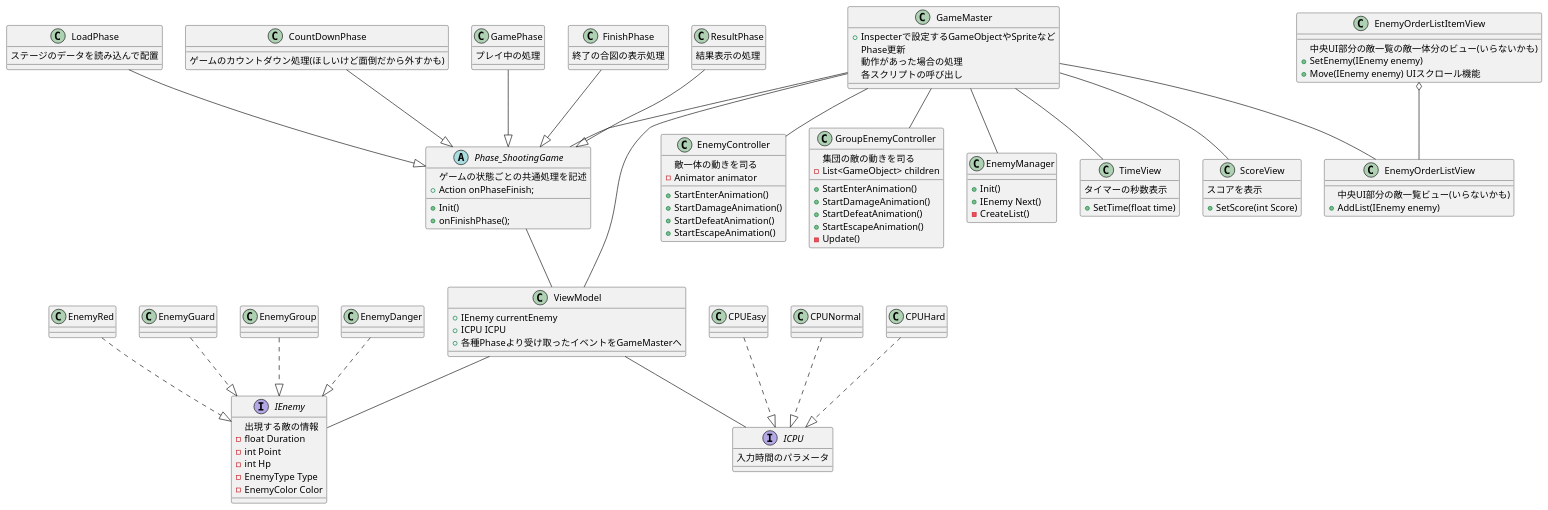
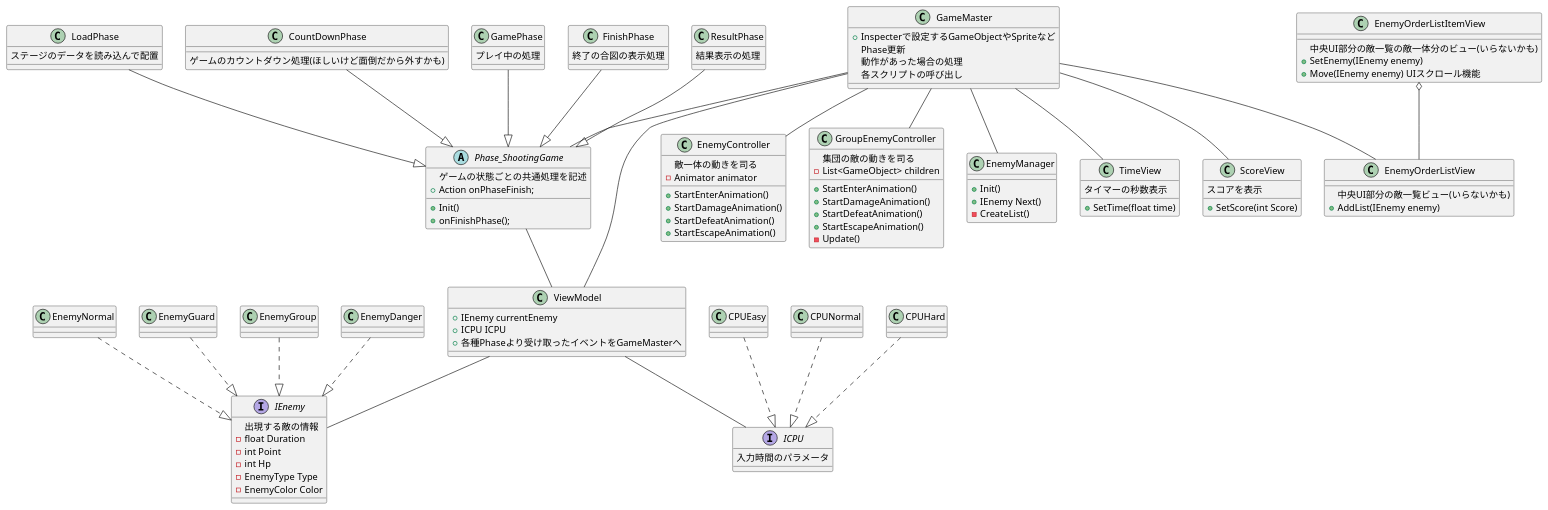
One commit to tanvk1ch1/AssetLoadSystem changed the diagram in UML/Class_Shooting.puml. Above: the diagram before and after it, drawn with PlantUML. The commit also changed 7 other files, not shown here.

```diff
--- a/UML/Class_Shooting.puml
+++ b/UML/Class_Shooting.puml
@@ -1,147 +1,147 @@
 @startuml
 class GameMaster
 {
     + Inspecterで設定するGameObjectやSpriteなど
     Phase更新
     動作があった場合の処理
     各スクリプトの呼び出し
 }
 
 abstract class Phase_ShootingGame
 {
     ゲームの状態ごとの共通処理を記述
     + Action onPhaseFinish;
     + Init()
     + onFinishPhase();
 }
 
 class ViewModel
 {
     + IEnemy currentEnemy
     + ICPU ICPU
     + 各種Phaseより受け取ったイベントをGameMasterへ
 }
 
 class EnemyController
 {
     敵一体の動きを司る
     - Animator animator
     + StartEnterAnimation()
     + StartDamageAnimation()
     + StartDefeatAnimation()
     + StartEscapeAnimation()
 }
 
 class GroupEnemyController
 {
     集団の敵の動きを司る
     - List<GameObject> children
     + StartEnterAnimation()
     + StartDamageAnimation()
     + StartDefeatAnimation()
     + StartEscapeAnimation()
     - Update()
 }
 
 class EnemyManager
 {
     + Init()
     + IEnemy Next()
     - CreateList()
 }
 
 interface IEnemy
 {
     出現する敵の情報
     - float Duration
     - int Point
     - int Hp
     - EnemyType Type
     - EnemyColor Color
 }
 
-class EnemyRed{}
+class EnemyNormal{}
 class EnemyGuard{}
 class EnemyGroup{}
 class EnemyDanger{}
-EnemyRed ..|> IEnemy
+EnemyNormal ..|> IEnemy
 EnemyGuard ..|> IEnemy
 EnemyGroup ..|> IEnemy
 EnemyDanger ..|> IEnemy
 
 class TimeView{
     タイマーの秒数表示
     + SetTime(float time)
 }
 
 class ScoreView
 {
     スコアを表示
     + SetScore(int Score)
 }
 
 class EnemyOrderListView
 {
     中央UI部分の敵一覧ビュー(いらないかも)
     + AddList(IEnemy enemy)
 }
 
 class EnemyOrderListItemView
 {
     中央UI部分の敵一覧の敵一体分のビュー(いらないかも)
     + SetEnemy(IEnemy enemy)
     + Move(IEnemy enemy) UIスクロール機能
 }
 
 interface ICPU
 {
     入力時間のパラメータ
 }
 class CPUEasy{}
 class CPUNormal{}
 class CPUHard{}
 CPUEasy ..|> ICPU
 CPUNormal ..|> ICPU
 CPUHard ..|> ICPU
 
 class LoadPhase
 {
     ステージのデータを読み込んで配置
 }
 LoadPhase --|> Phase_ShootingGame
 
 class CountDownPhase
 {
     ゲームのカウントダウン処理(ほしいけど面倒だから外すかも)
 }
 CountDownPhase --|> Phase_ShootingGame
 class GamePhase
 {
     プレイ中の処理
 }
 GamePhase --|> Phase_ShootingGame
 class FinishPhase
 {
     終了の合図の表示処理
 }
 FinishPhase --|> Phase_ShootingGame
 class ResultPhase
 {
     結果表示の処理
 }
 ResultPhase --|> Phase_ShootingGame
 
 GameMaster -- Phase_ShootingGame
 GameMaster -- ViewModel
 GameMaster -- TimeView
 GameMaster -- ScoreView
 GameMaster -- EnemyOrderListView
 EnemyOrderListItemView o-- EnemyOrderListView
 GameMaster -- EnemyController
 GameMaster -- EnemyManager
 GameMaster -- GroupEnemyController
 ViewModel -- ICPU
 ViewModel -- IEnemy
 Phase_ShootingGame -- ViewModel
 
 @enduml
```
